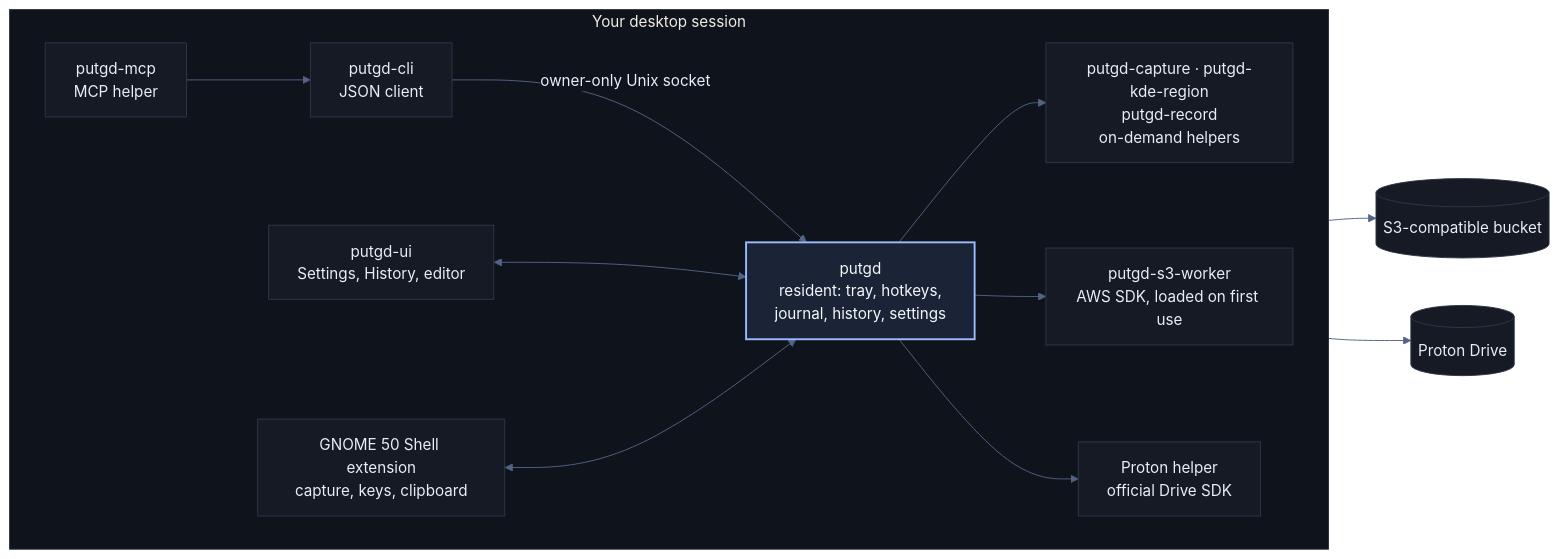
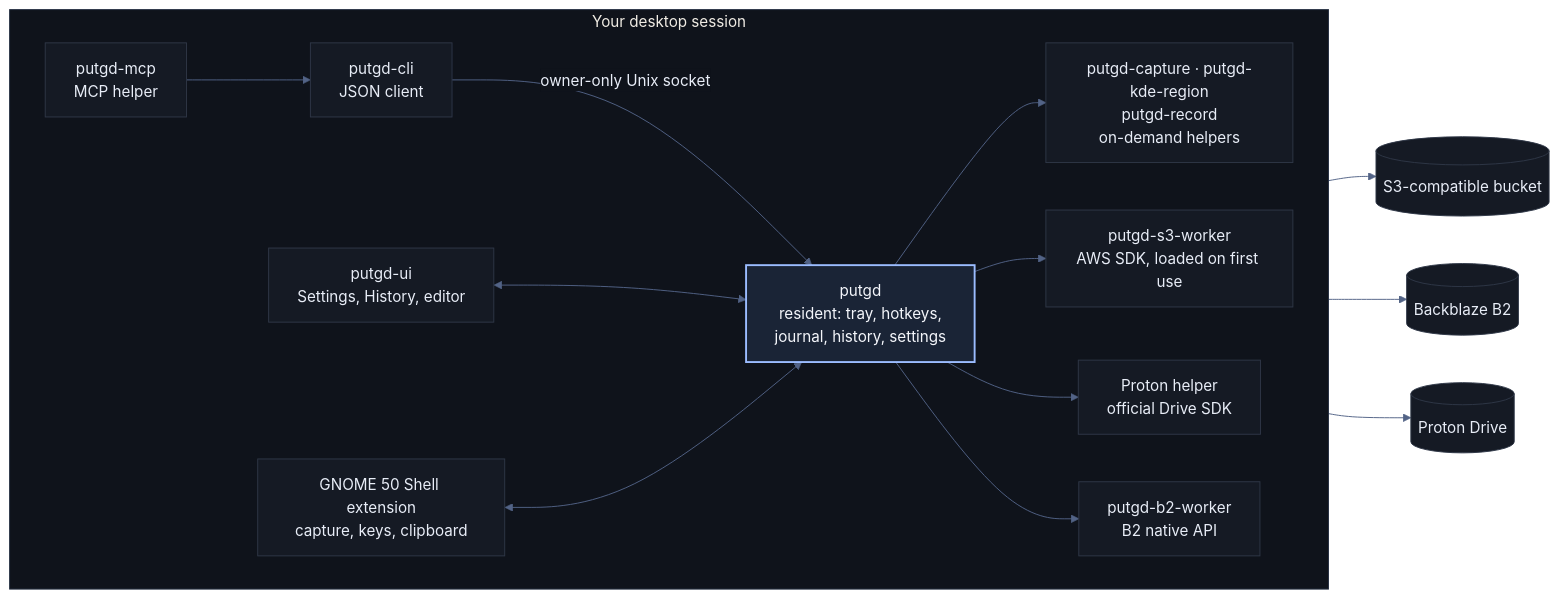
Before and after one commit to patrick-hudson/put.gd-desktop: the second of 2 diagrams in README.md, drawn with Mermaid. The commit also changed other lines of this file and 13 other files, not shown here.

````diff
--- a/README.md
+++ b/README.md
@@ -346,18 +346,20 @@
 ```mermaid
 %%{init: {'theme':'base','themeVariables':{'primaryColor':'#151a24','primaryTextColor':'#e8edf7','primaryBorderColor':'#2f3747','lineColor':'#526386','secondaryColor':'#1b1e25','tertiaryColor':'#0f131b','clusterBkg':'#0f131b','clusterBorder':'#263042','edgeLabelBackground':'#0f131b'}}}%%
 flowchart LR
   subgraph session["Your desktop session"]
     direction LR
     mcp["putgd-mcp<br/>MCP helper"] --> cli["putgd-cli<br/>JSON client"]
     cli -- "owner-only Unix socket" --> tray["putgd<br/>resident: tray, hotkeys,<br/>journal, history, settings"]
     ui["putgd-ui<br/>Settings, History, editor"] <--> tray
     ext["GNOME 50 Shell extension<br/>capture, keys, clipboard"] <--> tray
     tray --> helpers["putgd-capture · putgd-kde-region<br/>putgd-record<br/>on-demand helpers"]
     tray --> s3w["putgd-s3-worker<br/>AWS SDK, loaded on first use"]
     tray --> pro["Proton helper<br/>official Drive SDK"]
+    tray --> b2w["putgd-b2-worker<br/>B2 native API"]
   end
   s3w --> s3[("S3-compatible bucket")]
+  b2w --> b2[("Backblaze B2")]
   pro --> pd[("Proton Drive")]
   classDef core fill:#1a2436,stroke:#9bbcff,color:#f4f6fb,stroke-width:2px;
   class tray core;
 ```
````
